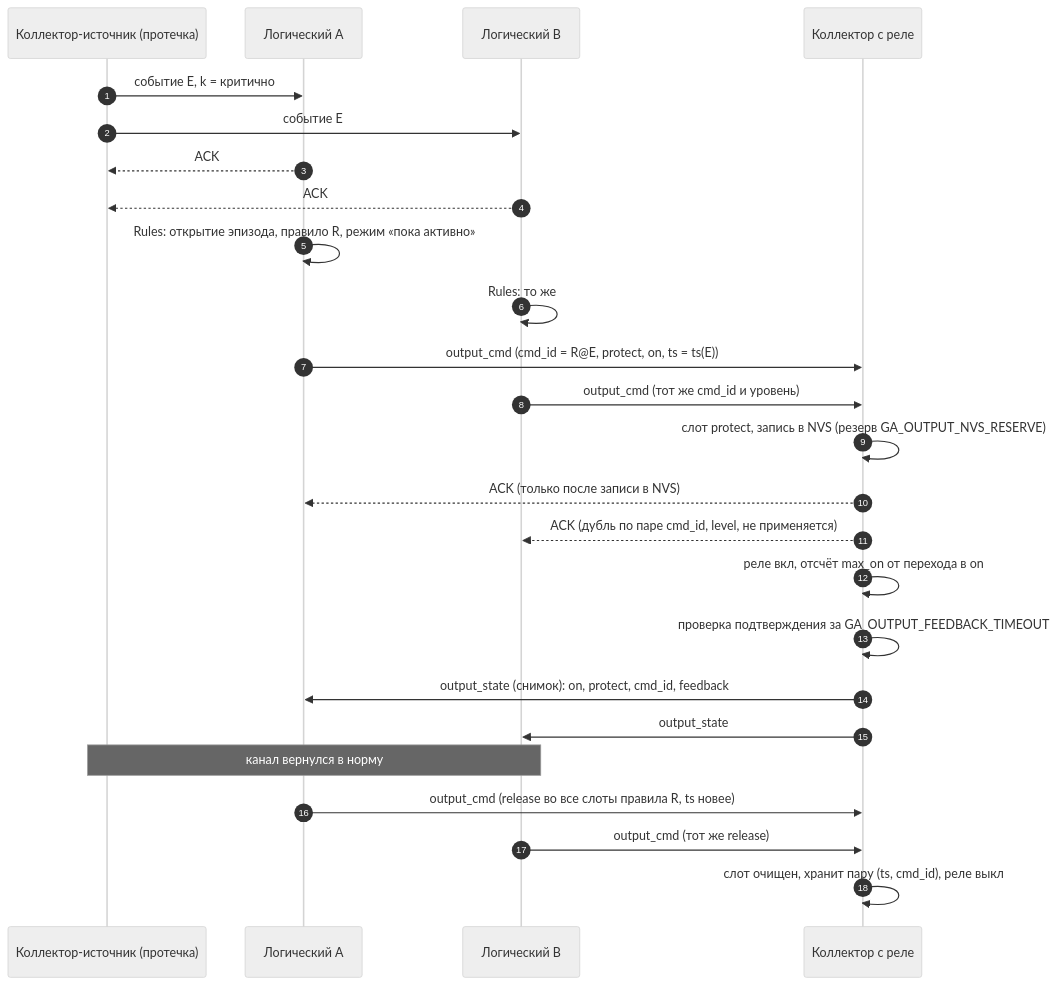
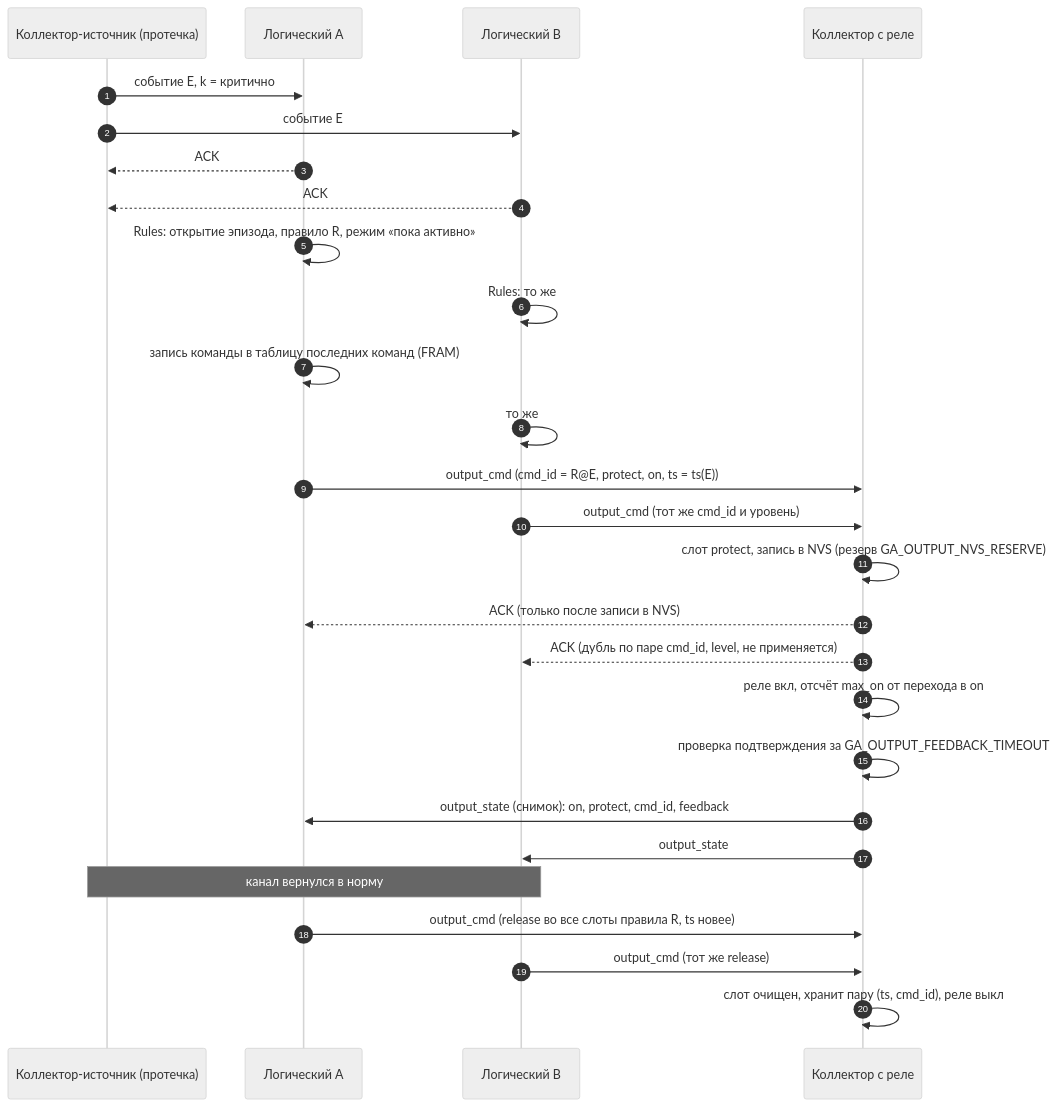
Before and after one commit to wol-micro/garageAlarms2.0: the fifth of 8 diagrams in _bmad-output/planning-artifacts/protocols-reference/garageAlarms2-протоколы.md, drawn with Mermaid (neutral theme). The commit also changed other lines of this file and 16 other files, not shown here.

````diff
--- a/_bmad-output/planning-artifacts/protocols-reference/garageAlarms2-протоколы.md
+++ b/_bmad-output/planning-artifacts/protocols-reference/garageAlarms2-протоколы.md
@@ -948,27 +994,29 @@
 ```mermaid
 sequenceDiagram
   autonumber
   participant SC as Коллектор-источник (протечка)
   participant A as Логический A
   participant B as Логический B
   participant OC as Коллектор с реле
   SC->>A: событие E, k = критично
   SC->>B: событие E
   A-->>SC: ACK
   B-->>SC: ACK
   A->>A: Rules: открытие эпизода, правило R, режим «пока активно»
   B->>B: Rules: то же
+  A->>A: запись команды в таблицу последних команд (FRAM)
+  B->>B: то же
   A->>OC: output_cmd (cmd_id = R@E, protect, on, ts = ts(E))
   B->>OC: output_cmd (тот же cmd_id и уровень)
   OC->>OC: слот protect, запись в NVS (резерв GA_OUTPUT_NVS_RESERVE)
   OC-->>A: ACK (только после записи в NVS)
   OC-->>B: ACK (дубль по паре cmd_id, level, не применяется)
   OC->>OC: реле вкл, отсчёт max_on от перехода в on
   OC->>OC: проверка подтверждения за GA_OUTPUT_FEEDBACK_TIMEOUT
   OC->>A: output_state (снимок): on, protect, cmd_id, feedback
   OC->>B: output_state
   Note over SC,B: канал вернулся в норму
   A->>OC: output_cmd (release во все слоты правила R, ts новее)
   B->>OC: output_cmd (тот же release)
   OC->>OC: слот очищен, хранит пару (ts, cmd_id), реле выкл
 ```
````
